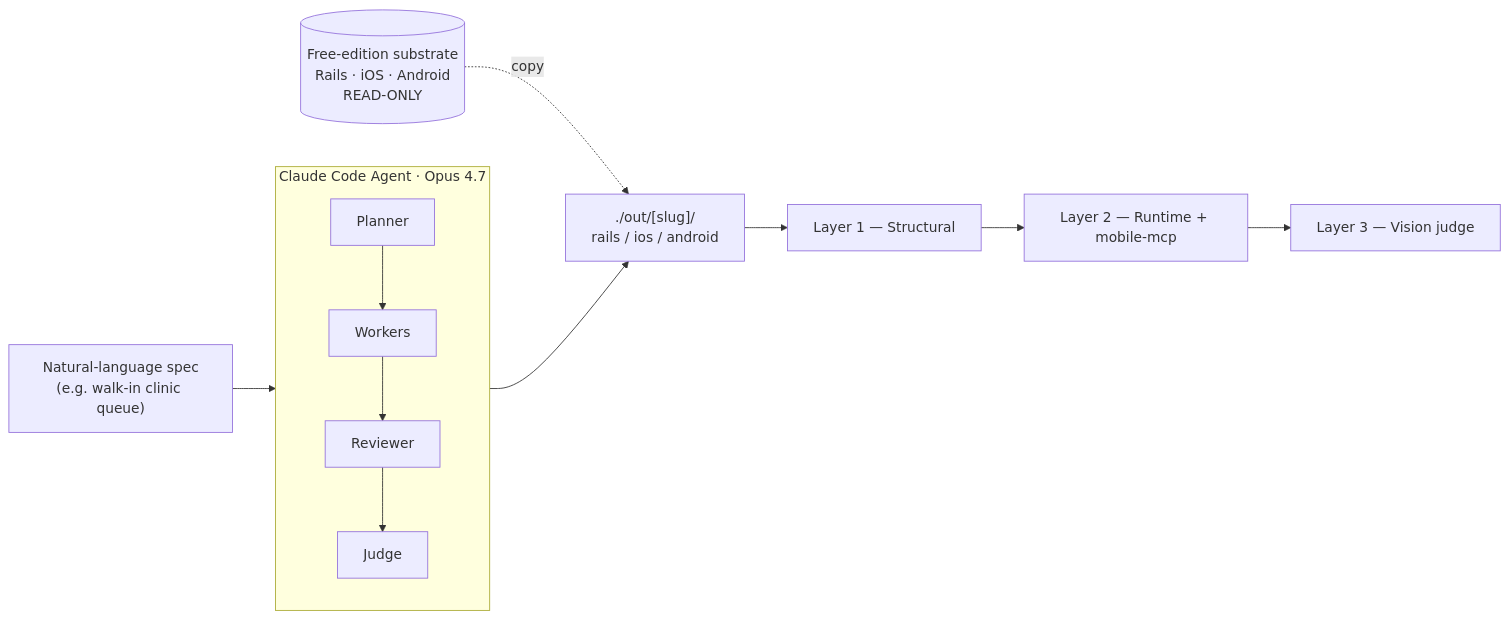
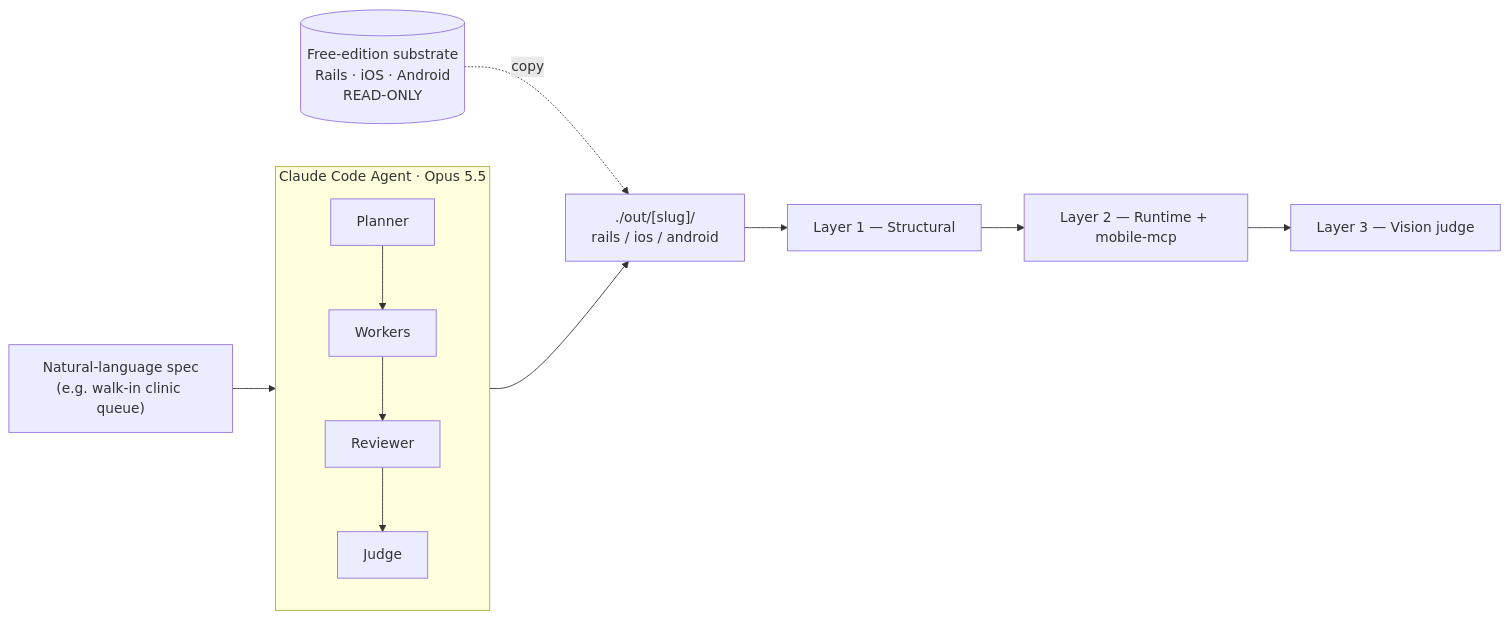
The diagram in README.md (nativeapptemplate/nativeapptemplate-agent), drawn with Mermaid before and after one commit. The commit also changed other lines of this file and 19 other files, not shown here.

First line of the commit message:
Migrate the planner, judge and repair agent to Claude Opus 5.5

````diff
--- a/README.md
+++ b/README.md
@@ -138,14 +138,14 @@
 ```mermaid
 flowchart LR
     Spec["Natural-language spec<br/>(e.g. walk-in clinic queue)"] --> Agent
-    subgraph Agent["Claude Code Agent · Opus 4.7"]
+    subgraph Agent["Claude Code Agent · Opus 5.5"]
       Planner --> Workers
       Workers --> Reviewer
       Reviewer --> Judge
     end
     Substrate[("Free-edition substrate<br/>Rails · iOS · Android<br/>READ-ONLY")] -. copy .-> Out
     Agent --> Out["./out/[slug]/<br/>rails / ios / android"]
     Out --> L1["Layer 1 — Structural"]
     L1 --> L2["Layer 2 — Runtime + mobile-mcp"]
     L2 --> L3["Layer 3 — Vision judge"]
 ```
````
